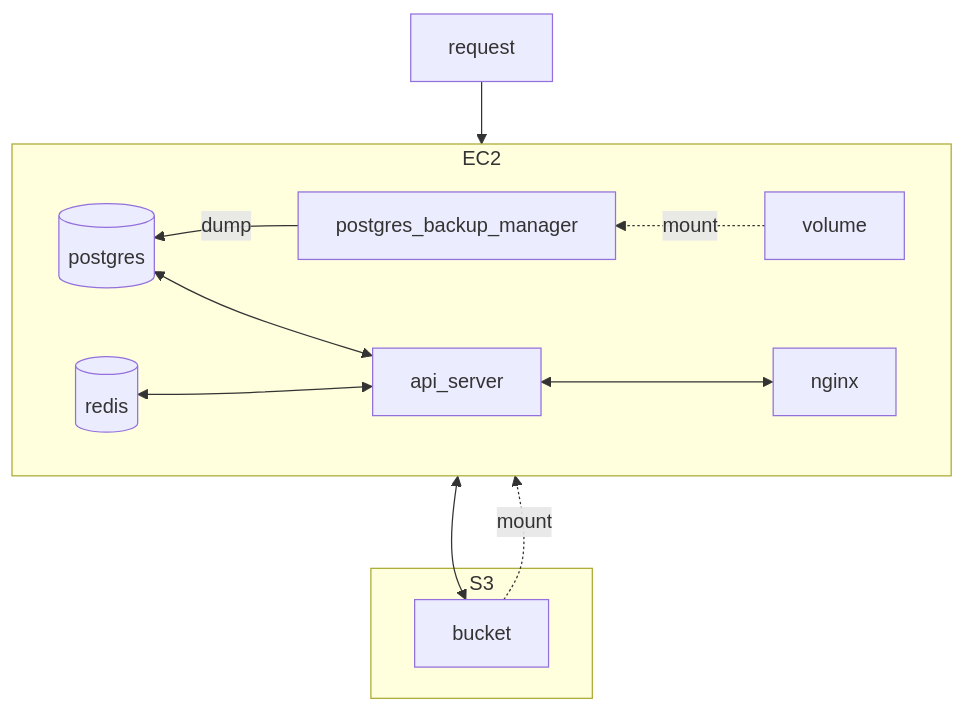
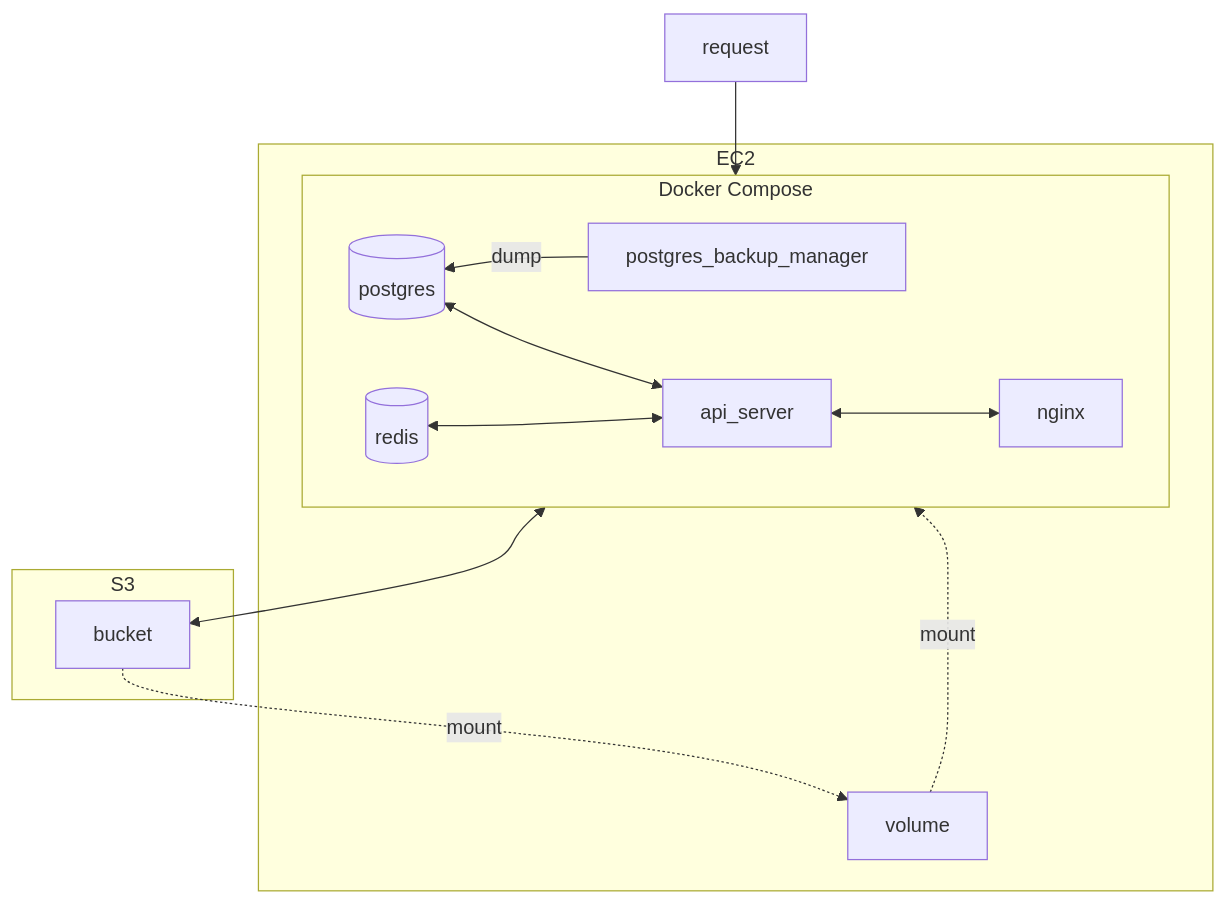
One commit to tnqja0227/board-of-audit-and-inspection-system changed the second of 2 diagrams in README.md. Above: the diagram before and after it, drawn with Mermaid.

````diff
--- a/README.md
+++ b/README.md
@@ -111,28 +111,30 @@
 ```mermaid
 %%{init: {'theme': 'default' } }%%
 flowchart TB
     %%{ init: { 'flowchart': { 'curve': 'basis' } } }%%
     api_server
     nginx
     postgres[(postgres)]
     postgres_backup_manager
     redis[(redis)]
     volume
 
     request --> nginx
     subgraph EC2
-    direction RL
-    nginx <--> api_server
-    api_server <--> postgres
-    api_server <--> redis
-    postgres_backup_manager --> |dump|postgres
-    volume -. mount .-> postgres_backup_manager
+        subgraph Docker Compose
+            direction RL
+            nginx <--> api_server
+            api_server <--> postgres
+            api_server <--> redis
+            postgres_backup_manager --> |dump|postgres
+        end
+        volume -. mount .-> postgres_backup_manager
     end
 
     subgraph S3
     bucket
     end
 
     bucket -. mount .-> volume
     api_server <--> bucket
 ```
````
